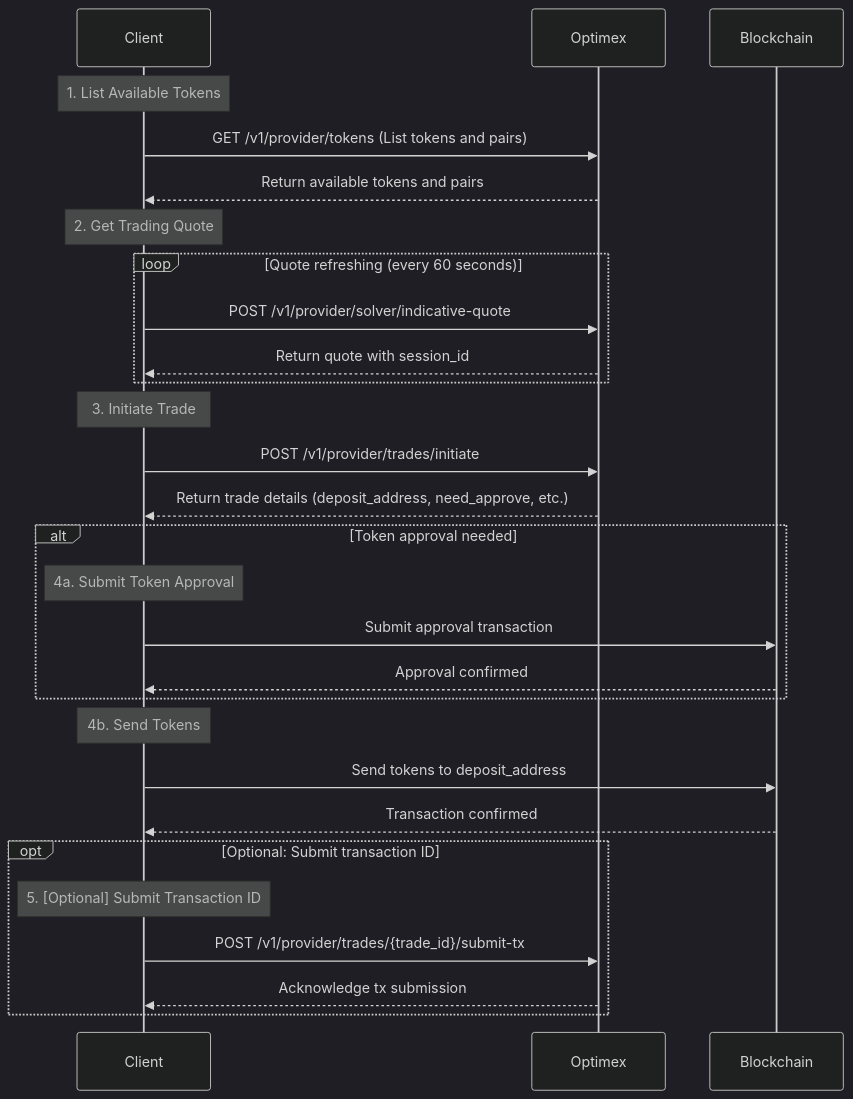
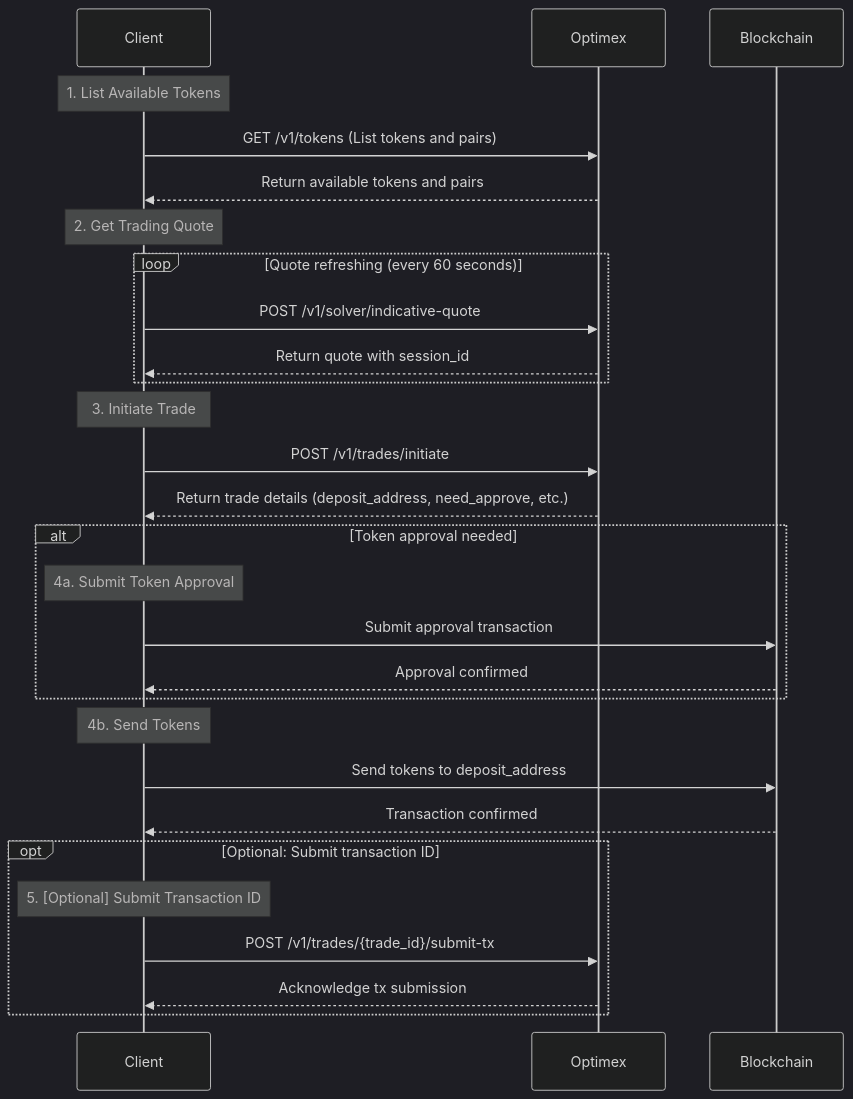
One commit to optimex-xyz/provider-api-docs changed the diagram in readme.md. Above: the diagram before and after it, drawn with Mermaid (dark theme). The commit also changed other lines of this file, not shown here.

Commit message:
update endpoint provider

````diff
--- a/readme.md
+++ b/readme.md
@@ -18,36 +18,36 @@
 ```mermaid
 sequenceDiagram
     participant Client
     participant Optimex
     participant Blockchain
 
     Note over Client: 1. List Available Tokens
-    Client->>Optimex: GET /v1/provider/tokens (List tokens and pairs)
+    Client->>Optimex: GET /v1/tokens (List tokens and pairs)
     Optimex-->>Client: Return available tokens and pairs
 
     Note over Client: 2. Get Trading Quote
     loop Quote refreshing (every 60 seconds)
-        Client->>Optimex: POST /v1/provider/solver/indicative-quote
+        Client->>Optimex: POST /v1/solver/indicative-quote
         Optimex-->>Client: Return quote with session_id
     end
 
     Note over Client: 3. Initiate Trade
-    Client->>Optimex: POST /v1/provider/trades/initiate
+    Client->>Optimex: POST /v1/trades/initiate
     Optimex-->>Client: Return trade details (deposit_address, need_approve, etc.)
 
     alt Token approval needed
         Note over Client: 4a. Submit Token Approval
         Client->>Blockchain: Submit approval transaction
         Blockchain-->>Client: Approval confirmed
     end
 
     Note over Client: 4b. Send Tokens
     Client->>Blockchain: Send tokens to deposit_address
     Blockchain-->>Client: Transaction confirmed
 
     opt Optional: Submit transaction ID
         Note over Client: 5. [Optional] Submit Transaction ID
-        Client->>Optimex: POST /v1/provider/trades/{trade_id}/submit-tx
+        Client->>Optimex: POST /v1/trades/{trade_id}/submit-tx
         Optimex-->>Client: Acknowledge tx submission
     end
 ```
````
